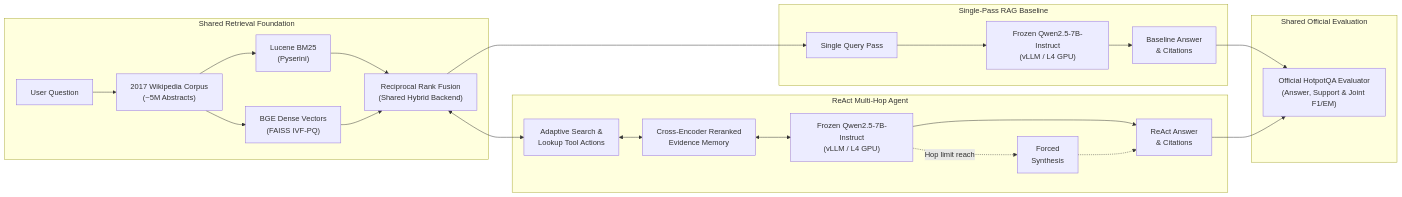
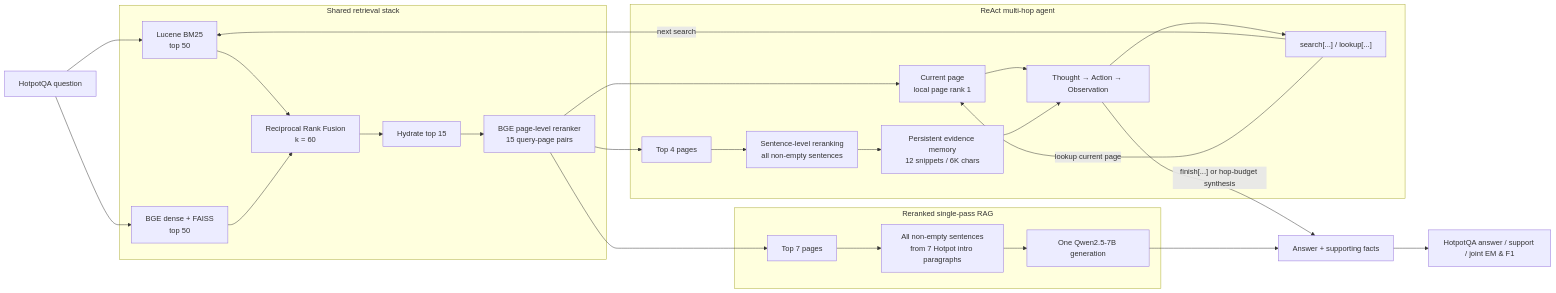
Before and after one commit to djdhillxn/hotpot: the diagram in README.md, drawn with Mermaid. The commit also changed other lines of this file and 6 other files, not shown here.

````diff
--- a/README.md
+++ b/README.md
@@ -9,30 +44,47 @@
 ```mermaid
 flowchart LR
-    subgraph Corpus["Shared Retrieval Foundation"]
-        Q["User Question"] --> W["2017 Wikipedia Corpus<br/>(~5M Abstracts)"]
-        W --> BM25["Lucene BM25<br/>(Pyserini)"]
-        W --> BGE["BGE Dense Vectors<br/>(FAISS IVF-PQ)"]
-        BM25 --> RRF["Reciprocal Rank Fusion<br/>(Shared Hybrid Backend)"]
-        BGE --> RRF
+    Q["HotpotQA question"]
+
+    subgraph Shared["Shared retrieval stack"]
+        BM25["Lucene BM25<br/>top 50"]
+        Dense["BGE dense + FAISS<br/>top 50"]
+        RRF["Reciprocal Rank Fusion<br/>k = 60"]
+        Hydrate["Hydrate top 15"]
+        PageCE["BGE page-level reranker<br/>15 query-page pairs"]
     end
 
-    subgraph SinglePass["Single-Pass RAG Baseline"]
-        RRF --> S1["Single Query Pass"]
-        S1 --> LLM1["Frozen Qwen2.5-7B-Instruct<br/>(vLLM / L4 GPU)"]
-        LLM1 --> OUT1["Baseline Answer<br/>& Citations"]
+    Q --> BM25
+    Q --> Dense
+    BM25 --> RRF
+    Dense --> RRF
+    RRF --> Hydrate --> PageCE
+
+    subgraph Baseline["Reranked single-pass RAG"]
+        Top7["Top 7 pages"]
+        Context7["All non-empty sentences<br/>from 7 Hotpot intro paragraphs"]
+        OneShot["One Qwen2.5-7B generation"]
     end
 
-    subgraph ReAct["ReAct Multi-Hop Agent"]
-        RRF <--> LOOP["Adaptive Search &<br/>Lookup Tool Actions"]
-        LOOP <--> MEM["Cross-Encoder Reranked<br/>Evidence Memory"]
-        MEM <--> LLM2["Frozen Qwen2.5-7B-Instruct<br/>(vLLM / L4 GPU)"]
-        LLM2 --> OUT2["ReAct Answer<br/>& Citations"]
-        LLM2 -. "Hop limit reach" .-> FS["Forced<br/>Synthesis"]
-        FS -.-> OUT2
+    PageCE --> Top7 --> Context7 --> OneShot
+
+    subgraph Agent["ReAct multi-hop agent"]
+        Current["Current page<br/>local page rank 1"]
+        Top4["Top 4 pages"]
+        SentenceCE["Sentence-level reranking<br/>all non-empty sentences"]
+        Memory["Persistent evidence memory<br/>12 snippets / 6K chars"]
+        Reason["Thought → Action → Observation"]
+        Tools["search[...] / lookup[...]"]
     end
 
-    subgraph Eval["Shared Official Evaluation"]
-        OUT1 --> EVAL["Official HotpotQA Evaluator<br/>(Answer, Support & Joint F1/EM)"]
-        OUT2 --> EVAL
-    end
+    PageCE --> Current
+    PageCE --> Top4 --> SentenceCE --> Memory
+    Current --> Reason
+    Memory --> Reason
+    Reason --> Tools
+    Tools -->|"next search"| BM25
+    Tools -->|"lookup current page"| Current
+
+    OneShot --> Output["Answer + supporting facts"]
+    Reason -->|"finish[...] or hop-budget synthesis"| Output
+    Output --> Eval["HotpotQA answer / support / joint EM & F1"]
 ```
````
